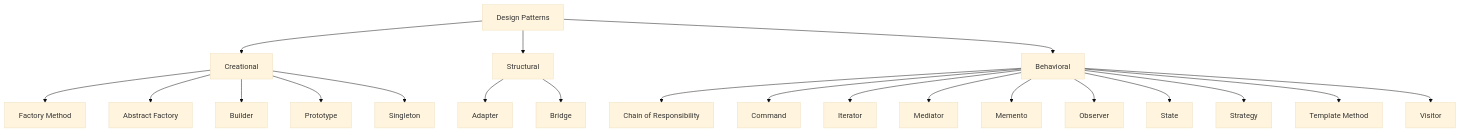
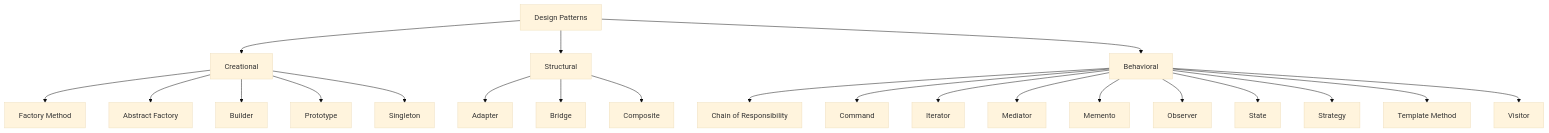
One commit to TunahanCan/design_pattern changed the first of 20 diagrams in BOOK.md. Above: the diagram before and after it, drawn with Mermaid (base theme). The commit also changed other lines of this file and 7 other files, not shown here.

````diff
--- a/BOOK.md
+++ b/BOOK.md
@@ -21,26 +21,27 @@
 ```mermaid
 flowchart TD
     DP[Design Patterns] --> C[Creational]
     DP --> S[Structural]
     DP --> B[Behavioral]
 
     C --> C1[Factory Method]
     C --> C2[Abstract Factory]
     C --> C3[Builder]
     C --> C4[Prototype]
     C --> C5[Singleton]
 
     S --> S1[Adapter]
     S --> S2[Bridge]
+    S --> S3[Composite]
 
     B --> B1[Chain of Responsibility]
     B --> B2[Command]
     B --> B3[Iterator]
     B --> B4[Mediator]
     B --> B5[Memento]
     B --> B6[Observer]
     B --> B7[State]
     B --> B8[Strategy]
     B --> B9[Template Method]
     B --> B10[Visitor]
 ```
````
